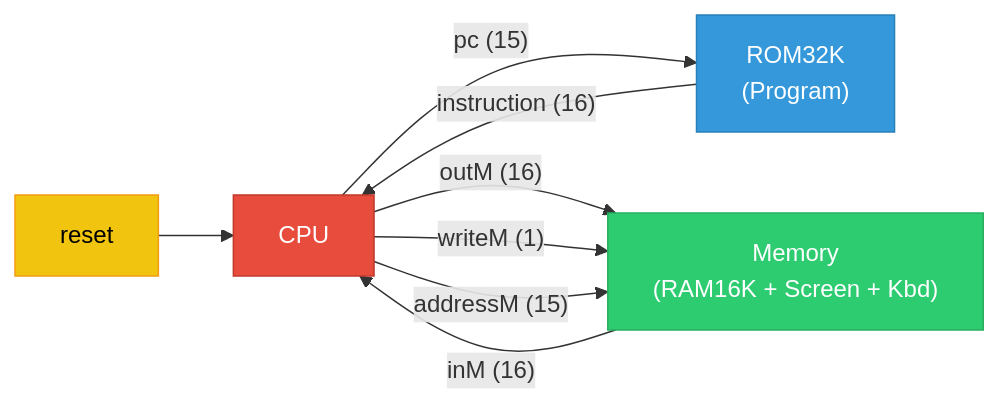
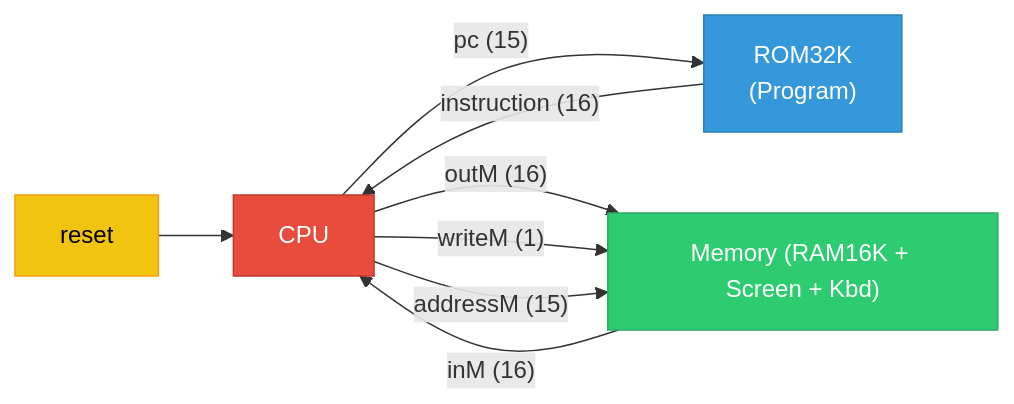
One commit to Muhammad540/Zap changed the fourth of 5 diagrams in README.md. Above: the diagram before and after it, drawn with Mermaid. The commit also changed other lines of this file, not shown here.

````diff
--- a/README.md
+++ b/README.md
@@ -360,17 +360,17 @@
 ```mermaid
 flowchart LR
     RESET["reset"] --> CPU
 
     ROM["ROM32K\n(Program)"] -->|"instruction (16)"| CPU["CPU"]
     CPU -->|"pc (15)"| ROM
 
-    CPU -->|"outM (16)"| MEM["Memory\n(RAM16K + Screen + Kbd)"]
+    CPU -->|"outM (16)"| MEM["Memory (RAM16K + Screen + Kbd)"]
     CPU -->|"writeM (1)"| MEM
     CPU -->|"addressM (15)"| MEM
     MEM -->|"inM (16)"| CPU
 
     style ROM fill:#3498db,color:#fff,stroke:#2980b9
     style CPU fill:#e74c3c,color:#fff,stroke:#c0392b
     style MEM fill:#2ecc71,color:#fff,stroke:#27ae60
     style RESET fill:#f1c40f,color:#000,stroke:#f39c12
 ```
````
